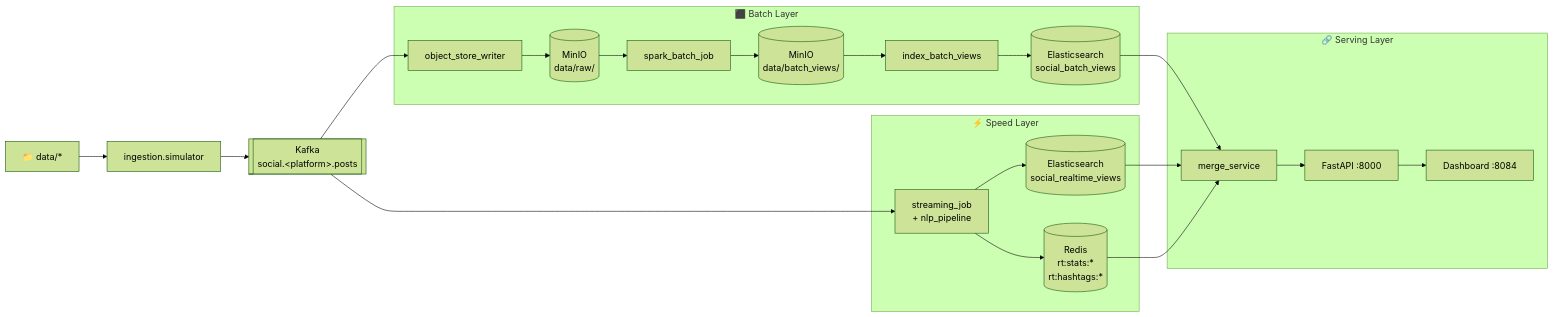
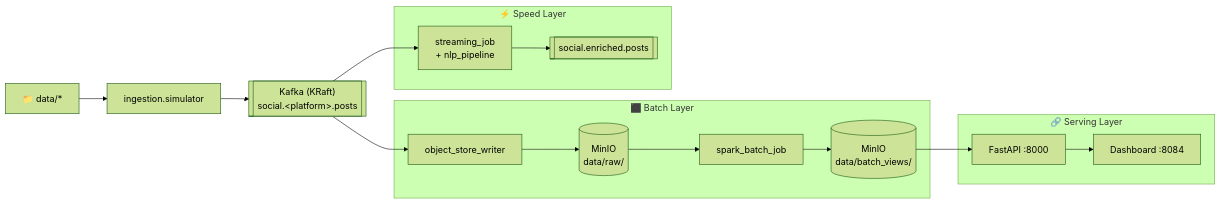
Before and after one commit to vohuutridung/IT4931: the diagram in README.md, drawn with Mermaid (forest theme). The commit also changed other lines of this file and 39 other files, not shown here.

Commit message:
slim: remove cassandra/elasticsearch/redis/zookeeper/grafana/prometheus; update yamls

````diff
--- a/README.md
+++ b/README.md
@@ -27,32 +27,28 @@
 ```mermaid
 flowchart LR
     DATA["📁 data/*"]
     SIM["ingestion.simulator"]
-    KAFKA[["Kafka\nsocial.&lt;platform&gt;.posts"]]
+    KAFKA[["Kafka (KRaft)\nsocial.&lt;platform&gt;.posts"]]
 
     subgraph batch["⬛ Batch Layer"]
         OSW["object_store_writer"]
         RAW[("MinIO\ndata/raw/")]
         SPARK["spark_batch_job"]
         BV[("MinIO\ndata/batch_views/")]
-        IDX["index_batch_views"]
-        ES_B[("Elasticsearch\nsocial_batch_views")]
     end
 
     subgraph speed["⚡ Speed Layer"]
         STREAM["streaming_job\n+ nlp_pipeline"]
-        REDIS[("Redis\nrt:stats:*\nrt:hashtags:*")]
-        ES_RT[("Elasticsearch\nsocial_realtime_views")]
+        ENRICH[["social.enriched.posts"]]
     end
 
     subgraph serving["🔗 Serving Layer"]
-        MERGE["merge_service"]
         API["FastAPI :8000"]
         DASH["Dashboard :8084"]
     end
 
     DATA --> SIM --> KAFKA
-    KAFKA --> OSW --> RAW --> SPARK --> BV --> IDX --> ES_B
-    KAFKA --> STREAM --> REDIS & ES_RT
-    ES_B & ES_RT & REDIS --> MERGE --> API --> DASH
+    KAFKA --> OSW --> RAW --> SPARK --> BV
+    KAFKA --> STREAM --> ENRICH
+    BV --> API --> DASH
 ```
````
